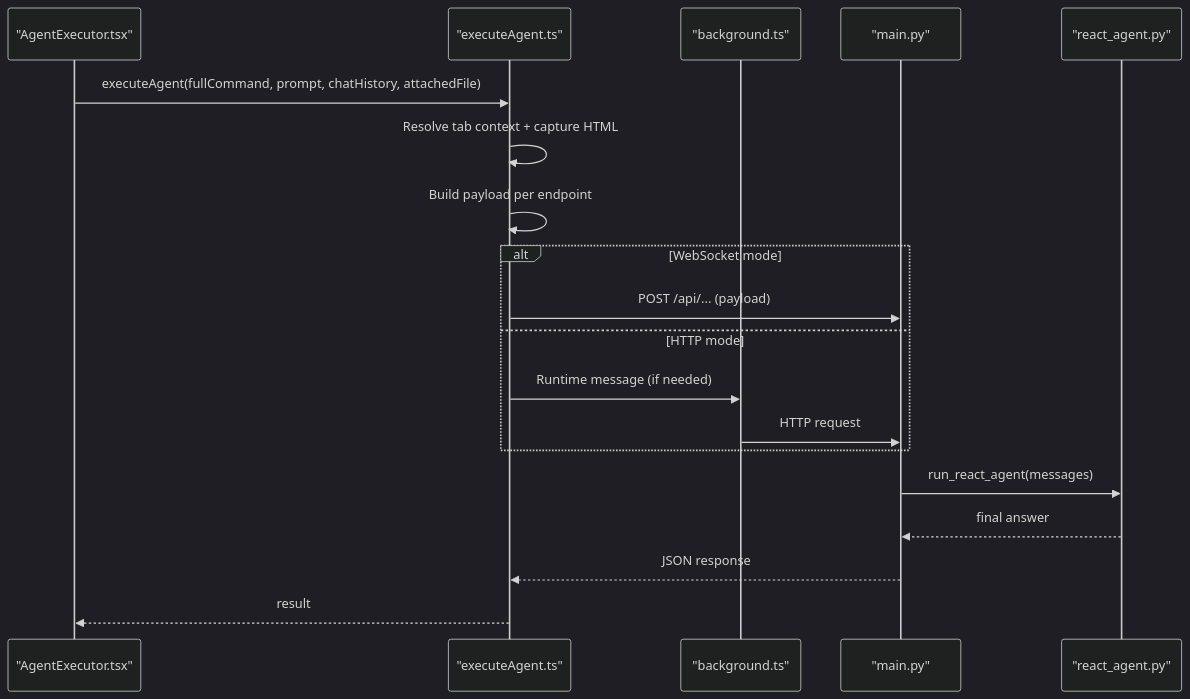
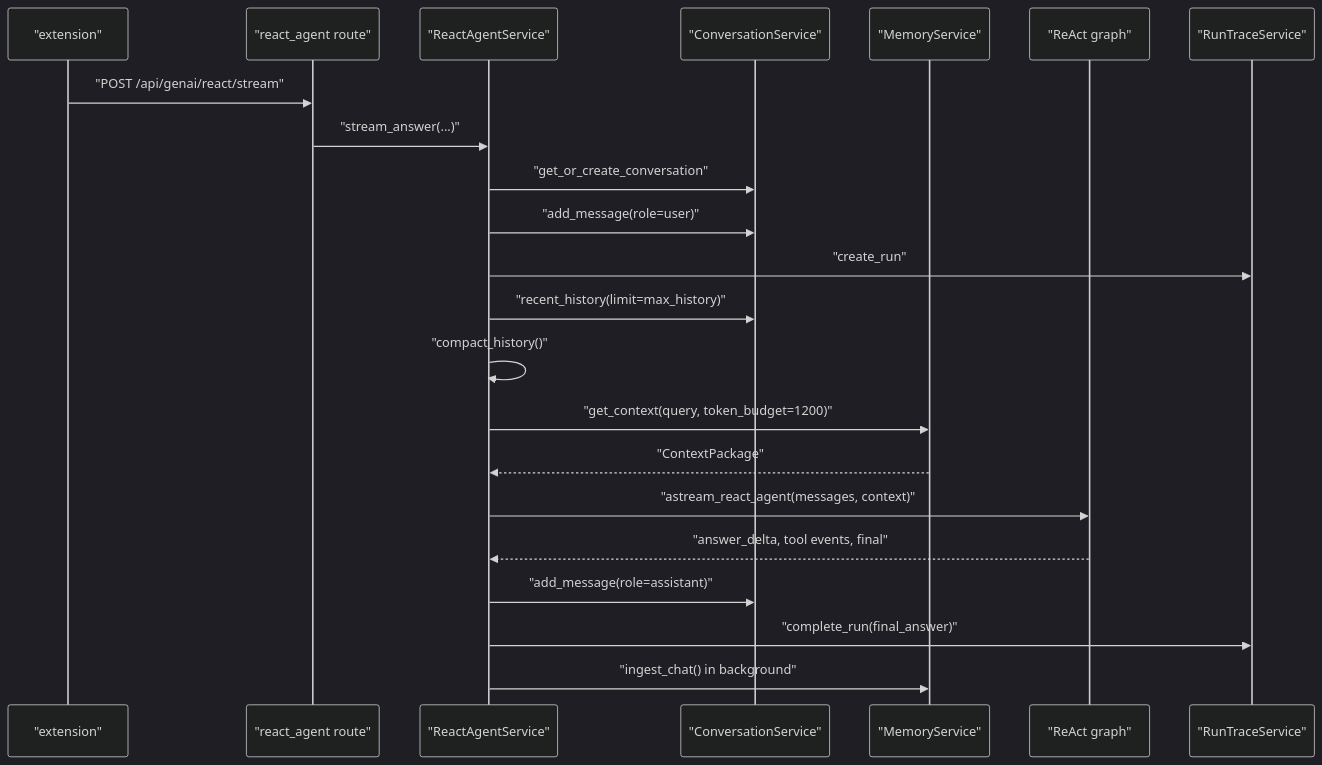
One commit to tashifkhan/tashif.codes changed the third of 8 diagrams in src/data/docs/agentic-browser/System Architecture/Component Interactions and Data Flow.md. Above: the diagram before and after it, drawn with Mermaid (dark theme). The commit also changed other lines of this file and 114 other files, not shown here.

````diff
--- a/src/data/docs/agentic-browser/System Architecture/Component Interactions and Data Flow.md
+++ b/src/data/docs/agentic-browser/System Architecture/Component Interactions and Data Flow.md
@@ -137,21 +86,24 @@
 ```mermaid
 sequenceDiagram
-participant UI as "AgentExecutor.tsx"
-participant EXA as "executeAgent.ts"
-participant BG as "background.ts"
-participant API as "main.py"
-participant REACT as "react_agent.py"
-UI->>EXA : executeAgent(fullCommand, prompt, chatHistory, attachedFile)
-EXA->>EXA : Resolve tab context + capture HTML
-EXA->>EXA : Build payload per endpoint
-alt WebSocket mode
-EXA->>API : POST /api/... (payload)
-else HTTP mode
-EXA->>BG : Runtime message (if needed)
-BG->>API : HTTP request
-end
-API->>REACT : run_react_agent(messages)
-REACT-->>API : final answer
-API-->>EXA : JSON response
-EXA-->>UI : result
+  participant Ext as "extension"
+  participant Route as "react_agent route"
+  participant Svc as "ReactAgentService"
+  participant Conv as "ConversationService"
+  participant Mem as "MemoryService"
+  participant Graph as "ReAct graph"
+  participant Trace as "RunTraceService"
+  Ext->>Route: "POST /api/genai/react/stream"
+  Route->>Svc: "stream_answer(...)"
+  Svc->>Conv: "get_or_create_conversation"
+  Svc->>Conv: "add_message(role=user)"
+  Svc->>Trace: "create_run"
+  Svc->>Conv: "recent_history(limit=max_history)"
+  Svc->>Svc: "compact_history()"
+  Svc->>Mem: "get_context(query, token_budget=1200)"
+  Mem-->>Svc: "ContextPackage"
+  Svc->>Graph: "astream_react_agent(messages, context)"
+  Graph-->>Svc: "answer_delta, tool events, final"
+  Svc->>Conv: "add_message(role=assistant)"
+  Svc->>Trace: "complete_run(final_answer)"
+  Svc->>Mem: "ingest_chat() in background"
 ```
````
